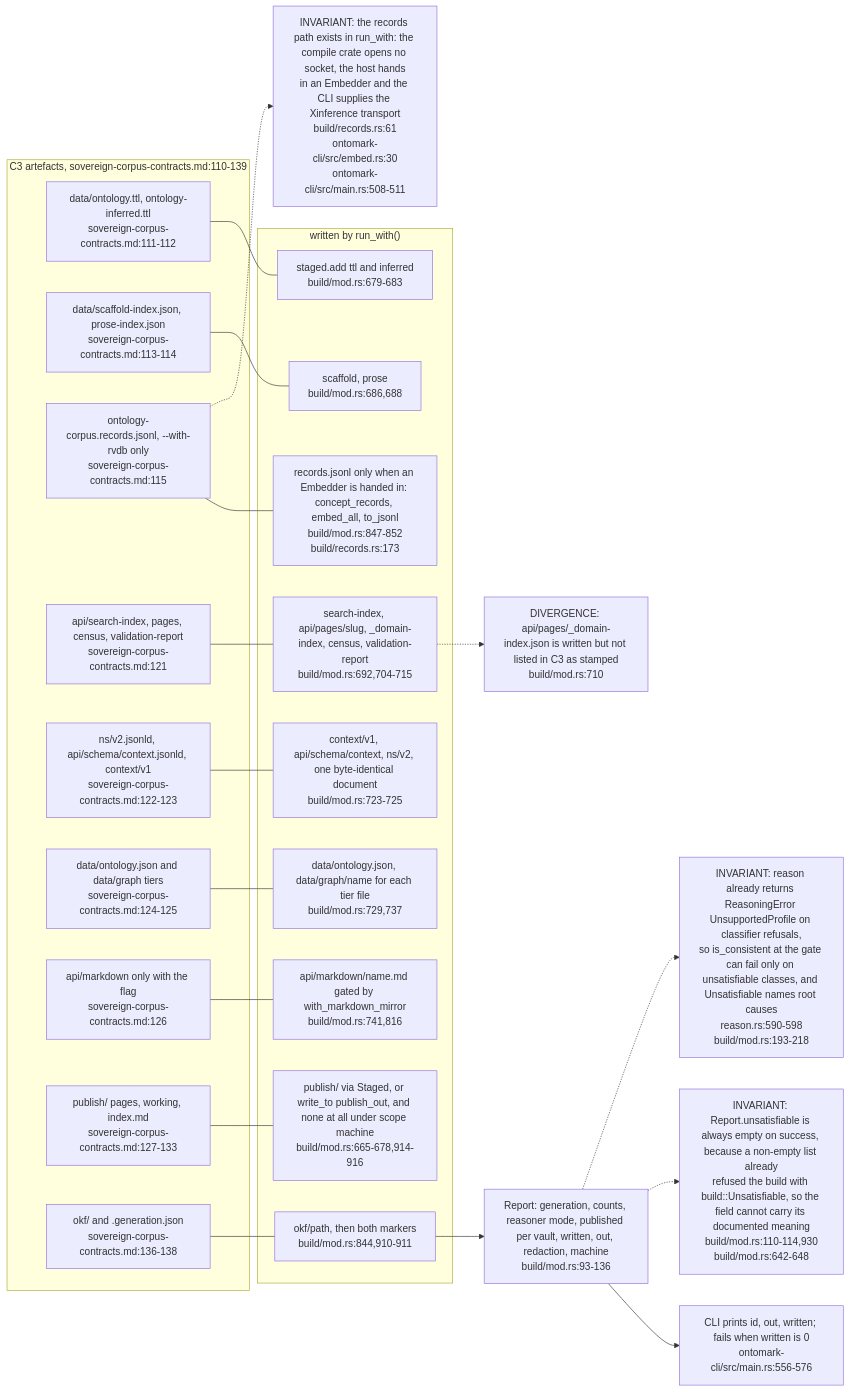
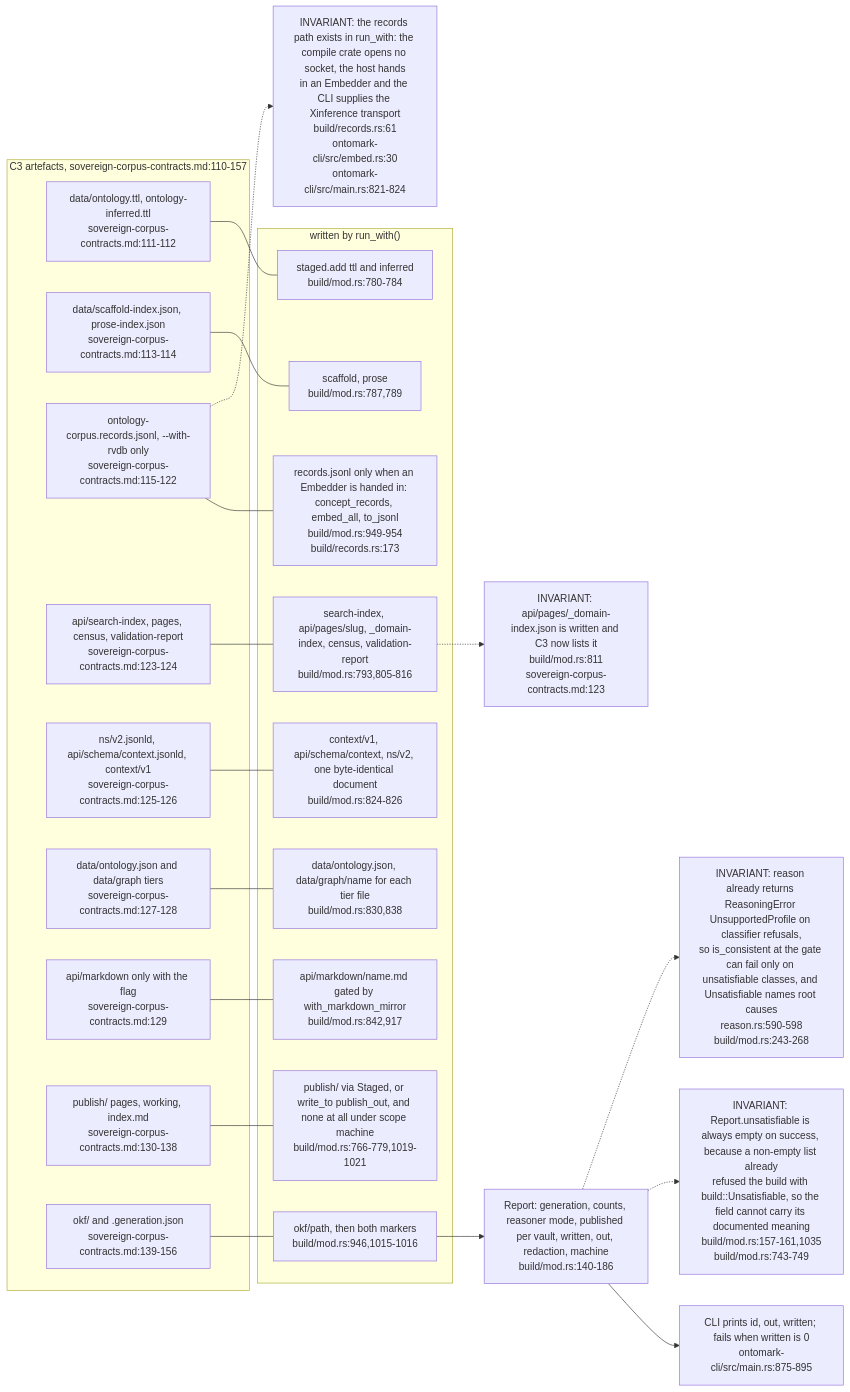
Before and after one commit to DreamLab-AI/VisionFlow: the seventh of 8 diagrams in docs/diagrams/ontomark/03-build-run-gates-staging-and-generation.md, drawn with Mermaid. The commit also changed other lines of this file and 160 other files, not shown here.

````diff
--- a/docs/diagrams/ontomark/03-build-run-gates-staging-and-generation.md
+++ b/docs/diagrams/ontomark/03-build-run-gates-staging-and-generation.md
@@ -252,45 +257,45 @@
 ```mermaid
 flowchart LR
-    subgraph C3["C3 artefacts, sovereign-corpus-contracts.md:110-139"]
+    subgraph C3["C3 artefacts, sovereign-corpus-contracts.md:110-157"]
         A1["data/ontology.ttl, ontology-inferred.ttl<br/>sovereign-corpus-contracts.md:111-112"]
         A2["data/scaffold-index.json, prose-index.json<br/>sovereign-corpus-contracts.md:113-114"]
-        A3["ontology-corpus.records.jsonl, --with-rvdb only<br/>sovereign-corpus-contracts.md:115"]
-        A4["api/search-index, pages, census, validation-report<br/>sovereign-corpus-contracts.md:121"]
-        A5["ns/v2.jsonld, api/schema/context.jsonld, context/v1<br/>sovereign-corpus-contracts.md:122-123"]
-        A6["data/ontology.json and data/graph tiers<br/>sovereign-corpus-contracts.md:124-125"]
-        A7["api/markdown only with the flag<br/>sovereign-corpus-contracts.md:126"]
-        A8["publish/ pages, working, index.md<br/>sovereign-corpus-contracts.md:127-133"]
-        A9["okf/ and .generation.json<br/>sovereign-corpus-contracts.md:136-138"]
+        A3["ontology-corpus.records.jsonl, --with-rvdb only<br/>sovereign-corpus-contracts.md:115-122"]
+        A4["api/search-index, pages, census, validation-report<br/>sovereign-corpus-contracts.md:123-124"]
+        A5["ns/v2.jsonld, api/schema/context.jsonld, context/v1<br/>sovereign-corpus-contracts.md:125-126"]
+        A6["data/ontology.json and data/graph tiers<br/>sovereign-corpus-contracts.md:127-128"]
+        A7["api/markdown only with the flag<br/>sovereign-corpus-contracts.md:129"]
+        A8["publish/ pages, working, index.md<br/>sovereign-corpus-contracts.md:130-138"]
+        A9["okf/ and .generation.json<br/>sovereign-corpus-contracts.md:139-156"]
     end
     subgraph RUN["written by run_with()"]
-        W1["staged.add ttl and inferred<br/>build/mod.rs:679-683"]
-        W2["scaffold, prose<br/>build/mod.rs:686,688"]
-        W3["records.jsonl only when an Embedder is handed in: concept_records, embed_all, to_jsonl<br/>build/mod.rs:847-852<br/>build/records.rs:173"]
-        W4["search-index, api/pages/slug, _domain-index, census, validation-report<br/>build/mod.rs:692,704-715"]
-        W5["context/v1, api/schema/context, ns/v2, one byte-identical document<br/>build/mod.rs:723-725"]
-        W6["data/ontology.json, data/graph/name for each tier file<br/>build/mod.rs:729,737"]
-        W7["api/markdown/name.md gated by with_markdown_mirror<br/>build/mod.rs:741,816"]
-        W8["publish/ via Staged, or write_to publish_out, and none at all under scope machine<br/>build/mod.rs:665-678,914-916"]
-        W9["okf/path, then both markers<br/>build/mod.rs:844,910-911"]
+        W1["staged.add ttl and inferred<br/>build/mod.rs:780-784"]
+        W2["scaffold, prose<br/>build/mod.rs:787,789"]
+        W3["records.jsonl only when an Embedder is handed in: concept_records, embed_all, to_jsonl<br/>build/mod.rs:949-954<br/>build/records.rs:173"]
+        W4["search-index, api/pages/slug, _domain-index, census, validation-report<br/>build/mod.rs:793,805-816"]
+        W5["context/v1, api/schema/context, ns/v2, one byte-identical document<br/>build/mod.rs:824-826"]
+        W6["data/ontology.json, data/graph/name for each tier file<br/>build/mod.rs:830,838"]
+        W7["api/markdown/name.md gated by with_markdown_mirror<br/>build/mod.rs:842,917"]
+        W8["publish/ via Staged, or write_to publish_out, and none at all under scope machine<br/>build/mod.rs:766-779,1019-1021"]
+        W9["okf/path, then both markers<br/>build/mod.rs:946,1015-1016"]
     end
-    RPT["Report: generation, counts, reasoner mode, published per vault, written, out, redaction, machine<br/>build/mod.rs:93-136"]
-    CLI["CLI prints id, out, written; fails when written is 0<br/>ontomark-cli/src/main.rs:556-576"]
-    N1["INVARIANT: the records path exists in run_with: the compile crate opens no socket, the host hands<br/>in an Embedder and the CLI supplies the Xinference transport<br/>build/records.rs:61<br/>ontomark-cli/src/embed.rs:30<br/>ontomark-cli/src/main.rs:508-511"]
-    N2["DIVERGENCE: api/pages/_domain-index.json is written but not listed in C3 as stamped<br/>build/mod.rs:710"]
-    N3["INVARIANT: Report.unsatisfiable is always empty on success, because a non-empty list already<br/>refused the build with build::Unsatisfiable, so the field cannot carry its documented meaning<br/>build/mod.rs:110-114,930<br/>build/mod.rs:642-648"]
-    N4["INVARIANT: reason already returns ReasoningError UnsupportedProfile on classifier refusals,<br/>so is_consistent at the gate can fail only on unsatisfiable classes, and Unsatisfiable names root causes<br/>reason.rs:590-598<br/>build/mod.rs:193-218"]
+    RPT["Report: generation, counts, reasoner mode, published per vault, written, out, redaction, machine<br/>build/mod.rs:140-186"]
+    CLI["CLI prints id, out, written; fails when written is 0<br/>ontomark-cli/src/main.rs:875-895"]
+    N1["INVARIANT: the records path exists in run_with: the compile crate opens no socket, the host hands<br/>in an Embedder and the CLI supplies the Xinference transport<br/>build/records.rs:61<br/>ontomark-cli/src/embed.rs:30<br/>ontomark-cli/src/main.rs:821-824"]
+    N2["INVARIANT: api/pages/_domain-index.json is written and C3 now lists it<br/>build/mod.rs:811<br/>sovereign-corpus-contracts.md:123"]
+    N3["INVARIANT: Report.unsatisfiable is always empty on success, because a non-empty list already<br/>refused the build with build::Unsatisfiable, so the field cannot carry its documented meaning<br/>build/mod.rs:157-161,1035<br/>build/mod.rs:743-749"]
+    N4["INVARIANT: reason already returns ReasoningError UnsupportedProfile on classifier refusals,<br/>so is_consistent at the gate can fail only on unsatisfiable classes, and Unsatisfiable names root causes<br/>reason.rs:590-598<br/>build/mod.rs:243-268"]
     A1 --- W1
     A2 --- W2
     A3 --- W3
     A4 --- W4
     A5 --- W5
     A6 --- W6
     A7 --- W7
     A8 --- W8
     A9 --- W9
     W9 --> RPT --> CLI
     A3 -.-> N1
     W4 -.-> N2
     RPT -.-> N3
     RPT -.-> N4
 ```
````
